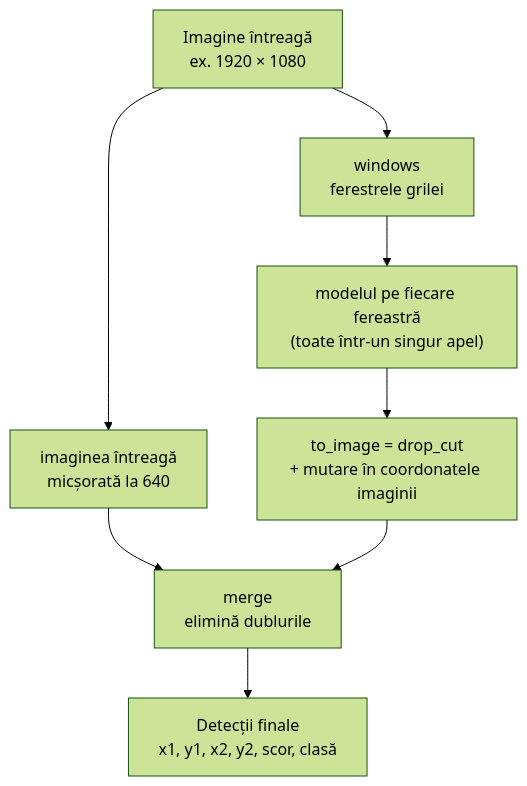
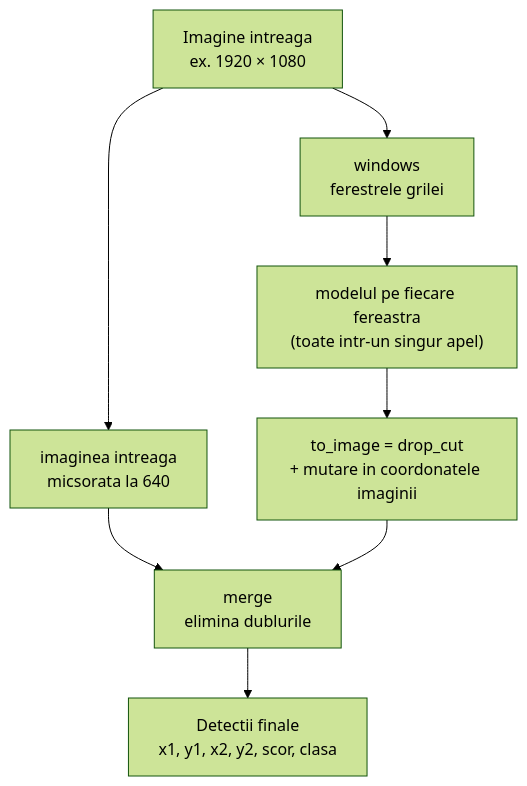
The diagram in docs/pipeline/06-detectia-pe-ferestre.md (zaha27/pi-p), drawn with Mermaid (forest theme) before and after one commit. The commit also changed other lines of this file and 57 other files, not shown here.

````diff
--- a/docs/pipeline/06-detectia-pe-ferestre.md
+++ b/docs/pipeline/06-detectia-pe-ferestre.md
@@ -13,17 +13,17 @@
 ```mermaid
 flowchart TB
-    I["Imagine întreagă
-ex. 1920 × 1080"] --> W1["imaginea întreagă
-micșorată la 640"]
+    I["Imagine intreaga
+ex. 1920 × 1080"] --> W1["imaginea intreaga
+micsorata la 640"]
     I --> G["windows
 ferestrele grilei"]
-    G --> W2["modelul pe fiecare fereastră
-(toate într-un singur apel)"]
+    G --> W2["modelul pe fiecare fereastra
+(toate intr-un singur apel)"]
     W2 --> DC["to_image = drop_cut
-+ mutare în coordonatele imaginii"]
++ mutare in coordonatele imaginii"]
     W1 --> M["merge
-elimină dublurile"]
+elimina dublurile"]
     DC --> M
-    M --> O["Detecții finale
-x1, y1, x2, y2, scor, clasă"]
+    M --> O["Detectii finale
+x1, y1, x2, y2, scor, clasa"]
 ```
````
